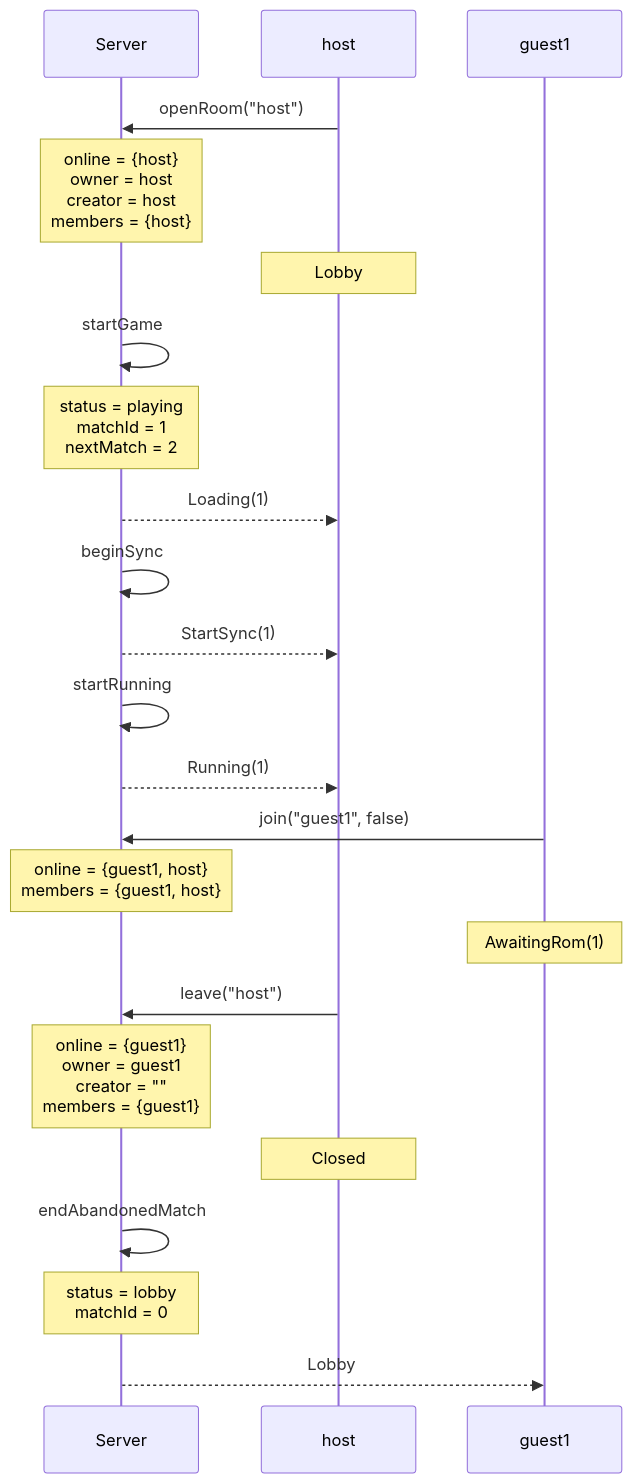
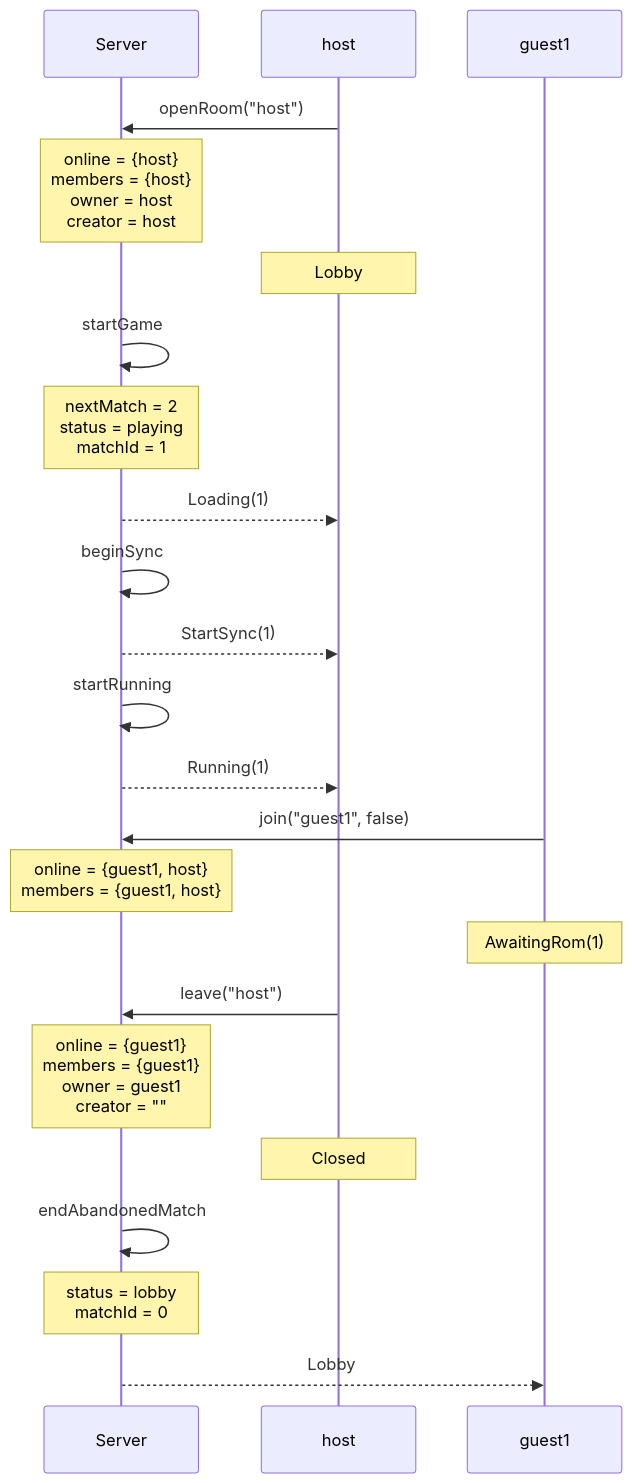
One commit to kwilson21/kaillera-next changed diagram 16 of 36 in docs/spec-traces.md. Above: the diagram before and after it, drawn with Mermaid. The commit also changed other lines of this file and 36 other files, not shown here.

````diff
--- a/docs/spec-traces.md
+++ b/docs/spec-traces.md
@@ -328,25 +391,25 @@
 ```mermaid
 sequenceDiagram
   participant Server
   participant host
   participant guest1
   host->>Server: openRoom("host")
-  Note over Server: online = {host}<br/>owner = host<br/>creator = host<br/>members = {host}
+  Note over Server: online = {host}<br/>members = {host}<br/>owner = host<br/>creator = host
   Note over host: Lobby
   Server->>Server: startGame
-  Note over Server: status = playing<br/>matchId = 1<br/>nextMatch = 2
+  Note over Server: nextMatch = 2<br/>status = playing<br/>matchId = 1
   Server-->>host: Loading(1)
   Server->>Server: beginSync
   Server-->>host: StartSync(1)
   Server->>Server: startRunning
   Server-->>host: Running(1)
   guest1->>Server: join("guest1", false)
   Note over Server: online = {guest1, host}<br/>members = {guest1, host}
   Note over guest1: AwaitingRom(1)
   host->>Server: leave("host")
-  Note over Server: online = {guest1}<br/>owner = guest1<br/>creator = ""<br/>members = {guest1}
+  Note over Server: online = {guest1}<br/>members = {guest1}<br/>owner = guest1<br/>creator = ""
   Note over host: Closed
   Server->>Server: endAbandonedMatch
   Note over Server: status = lobby<br/>matchId = 0
   Server-->>guest1: Lobby
 ```
````
